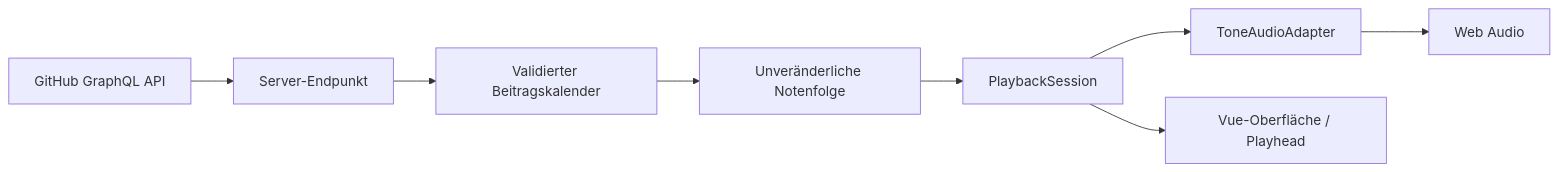
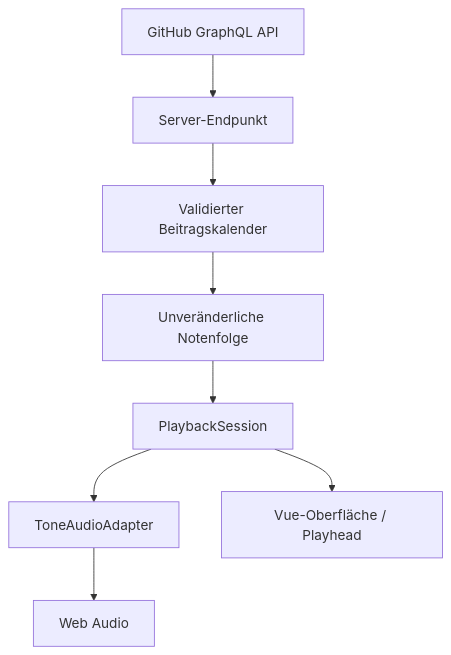
One commit to CodeRacon/GitGroove changed the diagram in README.md. Above: the diagram before and after it, drawn with Mermaid. The commit also changed other lines of this file and 3 other files, not shown here.

````diff
--- a/README.md
+++ b/README.md
@@ -39,10 +40,10 @@
 ```mermaid
-flowchart LR
+flowchart TD
     GitHub[GitHub GraphQL API] --> Proxy[Server-Endpunkt]
     Proxy --> Calendar[Validierter Beitragskalender]
     Calendar --> Score[Unveränderliche Notenfolge]
     Score --> Session[PlaybackSession]
     Session --> Tone[ToneAudioAdapter]
     Tone --> Audio[Web Audio]
     Session --> UI[Vue-Oberfläche / Playhead]
 ```
````
